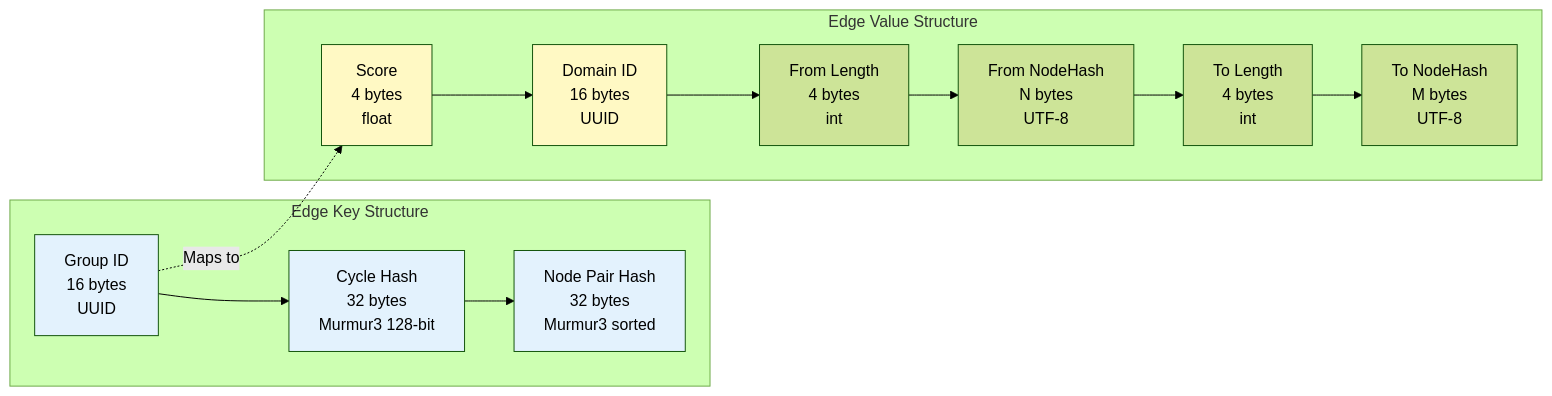
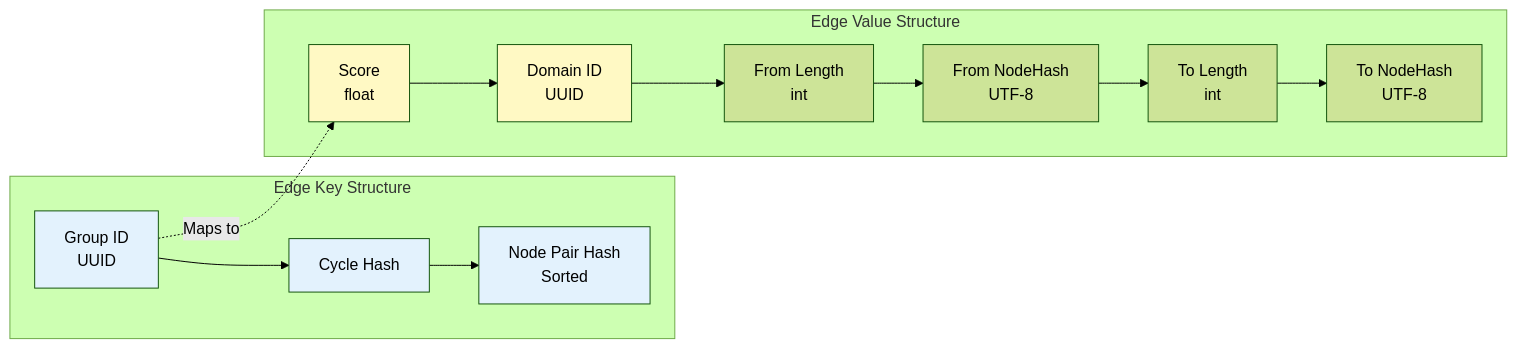
Diagram 18 of 25 in docs/Low Level Designs/ScheduledPotentialMatchesCreation.md (kagit00/schedule_x), drawn with Mermaid (forest theme) before and after one commit. The commit also changed other lines of this file and 7 other files, not shown here.

````diff
--- a/docs/Low Level Designs/ScheduledPotentialMatchesCreation.md
+++ b/docs/Low Level Designs/ScheduledPotentialMatchesCreation.md
@@ -1152,23 +782,23 @@
 ```mermaid
 graph LR
     subgraph "Edge Key Structure"
-        K1[Group ID<br/>16 bytes<br/>UUID] --> K2[Cycle Hash<br/>32 bytes<br/>Murmur3 128-bit]
-        K2 --> K3[Node Pair Hash<br/>32 bytes<br/>Murmur3 sorted]
+        K1[Group ID<br/>UUID] --> K2[Cycle Hash]
+        K2 --> K3[Node Pair Hash<br/>Sorted]
     end
-    
+   
     subgraph "Edge Value Structure"
-        V1[Score<br/>4 bytes<br/>float] --> V2[Domain ID<br/>16 bytes<br/>UUID]
-        V2 --> V3[From Length<br/>4 bytes<br/>int]
-        V3 --> V4[From NodeHash<br/>N bytes<br/>UTF-8]
-        V4 --> V5[To Length<br/>4 bytes<br/>int]
-        V5 --> V6[To NodeHash<br/>M bytes<br/>UTF-8]
+        V1[Score<br/>float] --> V2[Domain ID<br/>UUID]
+        V2 --> V3[From Length<br/>int]
+        V3 --> V4[From NodeHash<br/>UTF-8]
+        V4 --> V5[To Length<br/>int]
+        V5 --> V6[To NodeHash<br/>UTF-8]
     end
-    
+   
     K1 -.->|Maps to| V1
-    
+   
     style K1 fill:#E3F2FD
     style K2 fill:#E3F2FD
     style K3 fill:#E3F2FD
     style V1 fill:#FFF9C4
     style V2 fill:#FFF9C4
 ```
````
